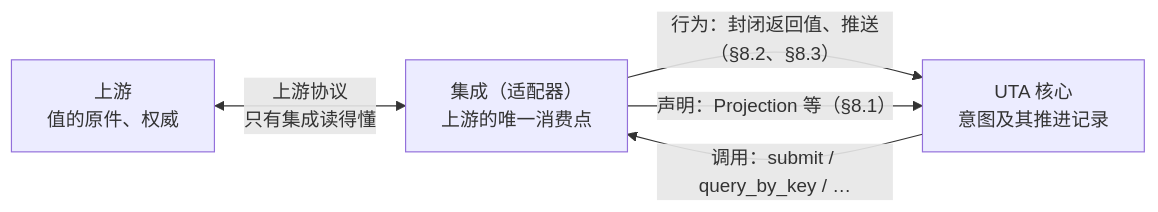
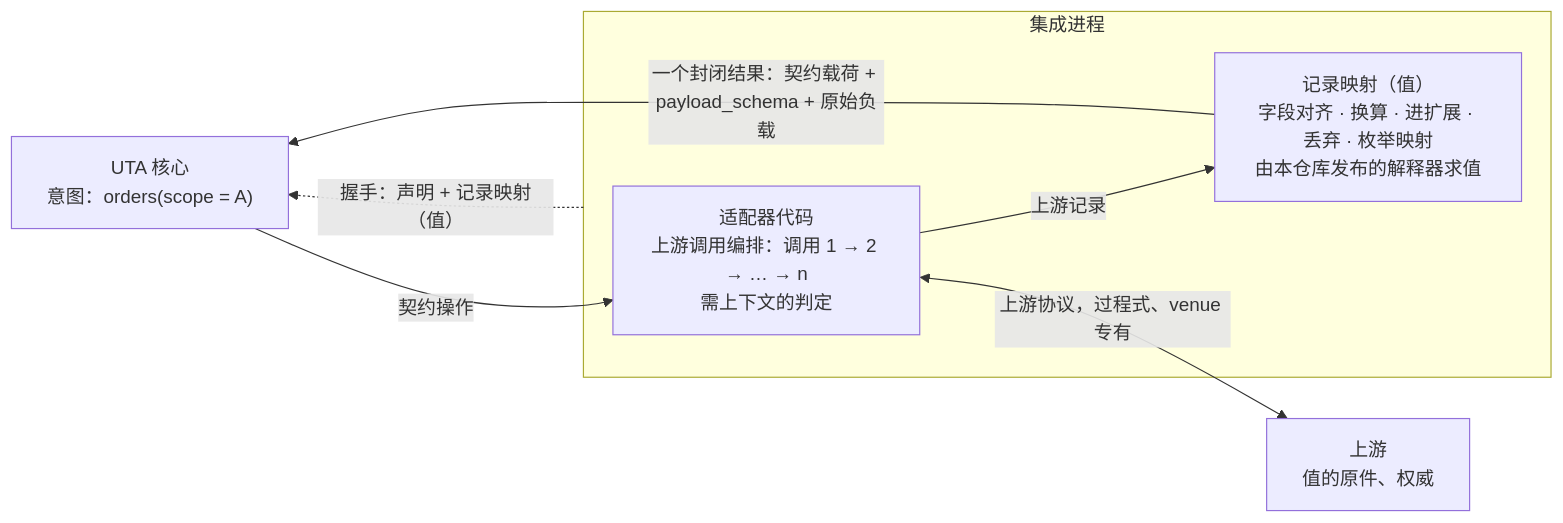
Before and after one commit to mouriya-s-lab/uta: the diagram in design/integration/design.md, drawn with Mermaid. The commit also changed other lines of this file and 15 other files, not shown here.

````diff
--- a/design/integration/design.md
+++ b/design/integration/design.md
@@ -15,7 +17,10 @@
 ```mermaid
 flowchart LR
-  UP["上游<br/>值的原件、权威"] <-->|"上游协议<br/>只有集成读得懂"| AD["集成（适配器）<br/>上游的唯一消费点"]
-  AD -->|"行为：封闭返回值、推送（§8.2、§8.3）"| CORE["UTA 核心<br/>意图及其推进记录"]
-  AD -->|"声明：Projection 等（§8.1）"| CORE
-  CORE -->|"调用：submit / query_by_key / …"| AD
+  CORE["UTA 核心<br/>意图：orders(scope = A)"] -->|"契约操作"| CODE
+  subgraph INT["集成进程"]
+    CODE["适配器代码<br/>上游调用编排：调用 1 → 2 → … → n<br/>需上下文的判定"] -->|"上游记录"| MAP["记录映射（值）<br/>字段对齐 · 换算 · 进扩展 · 丢弃 · 枚举映射<br/>由本仓库发布的解释器求值"]
+  end
+  CODE <-->|"上游协议，过程式、venue 专有"| UP["上游<br/>值的原件、权威"]
+  MAP -->|"一个封闭结果：契约载荷 + payload_schema + 原始负载"| CORE
+  INT -.->|"握手：声明 + 记录映射（值）"| CORE
 ```
````
